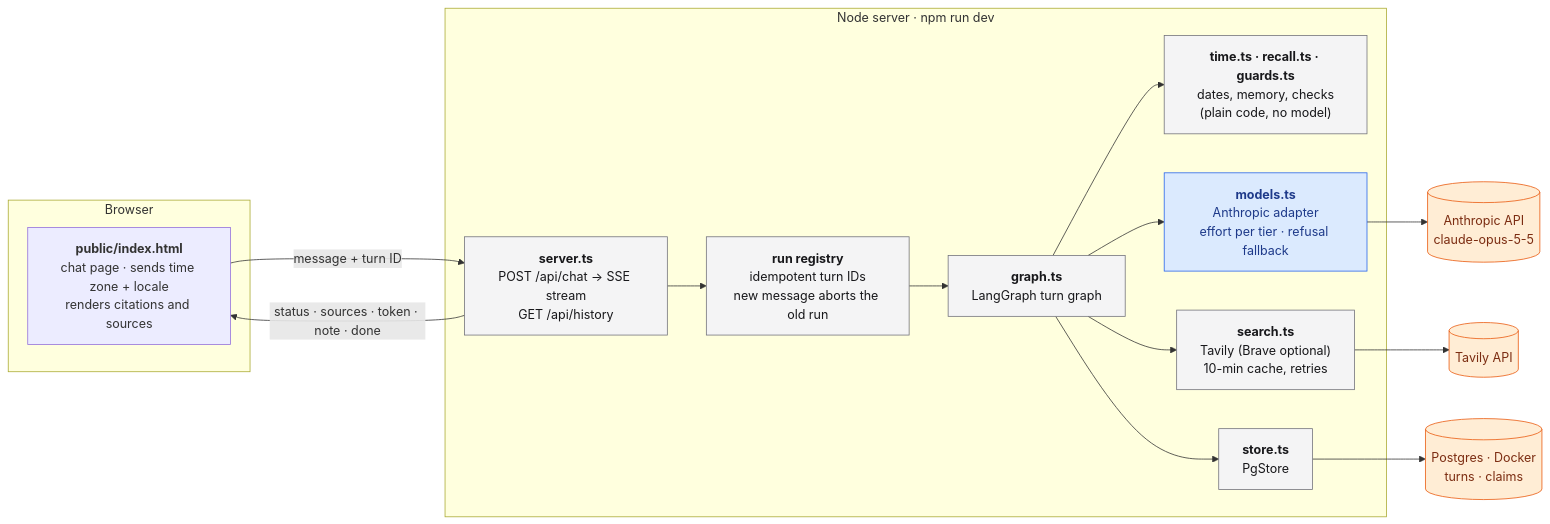
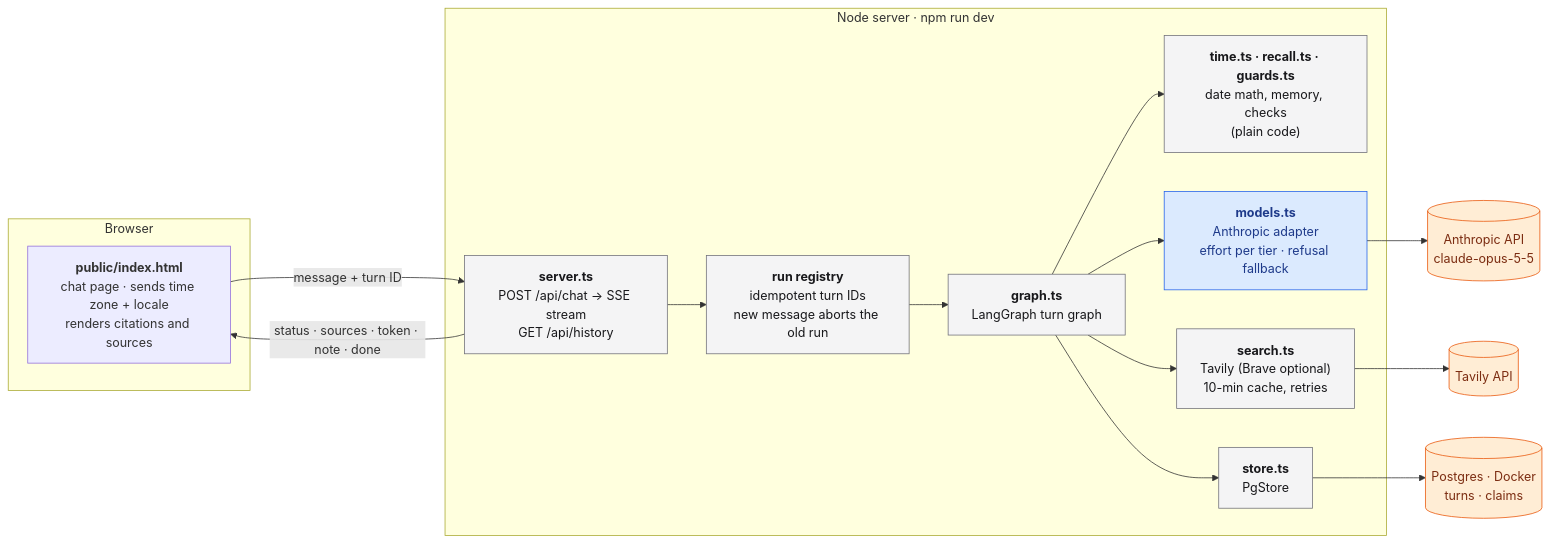
Before and after one commit to sreenivasivbieb/mimo: the diagram in docs/architecture.mmd, drawn with Mermaid. The commit also changed 11 other files, not shown here.

First line of the commit message:
Read time phrases with a fast model, calculate with rules, fall back to rules

```diff
--- a/docs/architecture.mmd
+++ b/docs/architecture.mmd
@@ -1,33 +1,33 @@
 flowchart LR
   subgraph browser["Browser"]
     ui["<b>public/index.html</b><br/>chat page · sends time zone + locale<br/>renders citations and sources"]
   end
 
   subgraph server["Node server · npm run dev"]
     http["<b>server.ts</b><br/>POST /api/chat → SSE stream<br/>GET /api/history"]
     runs["<b>run registry</b><br/>idempotent turn IDs<br/>new message aborts the old run"]
     turngraph["<b>graph.ts</b><br/>LangGraph turn graph"]
-    logic["<b>time.ts · recall.ts · guards.ts</b><br/>dates, memory, checks<br/>(plain code, no model)"]
+    logic["<b>time.ts · recall.ts · guards.ts</b><br/>date math, memory, checks<br/>(plain code)"]
     models["<b>models.ts</b><br/>Anthropic adapter<br/>effort per tier · refusal fallback"]
     search["<b>search.ts</b><br/>Tavily (Brave optional)<br/>10-min cache, retries"]
     store["<b>store.ts</b><br/>PgStore"]
   end
 
   claude[("Anthropic API<br/>claude-opus-5-5")]
   tavily[("Tavily API")]
   pg[("Postgres · Docker<br/>turns · claims")]
 
   ui -- "message + turn ID" --> http
   http -- "status · sources · token · note · done" --> ui
   http --> runs --> turngraph
   turngraph --> logic
   turngraph --> models --> claude
   turngraph --> search --> tavily
   turngraph --> store --> pg
 
   classDef code fill:#f4f4f5,stroke:#71717a,color:#18181b
   classDef model fill:#dbeafe,stroke:#2563eb,color:#1e3a8a
   classDef data fill:#ffedd5,stroke:#ea580c,color:#7c2d12
   class http,runs,turngraph,logic,search,store code
   class models model
   class claude,tavily,pg data
```
